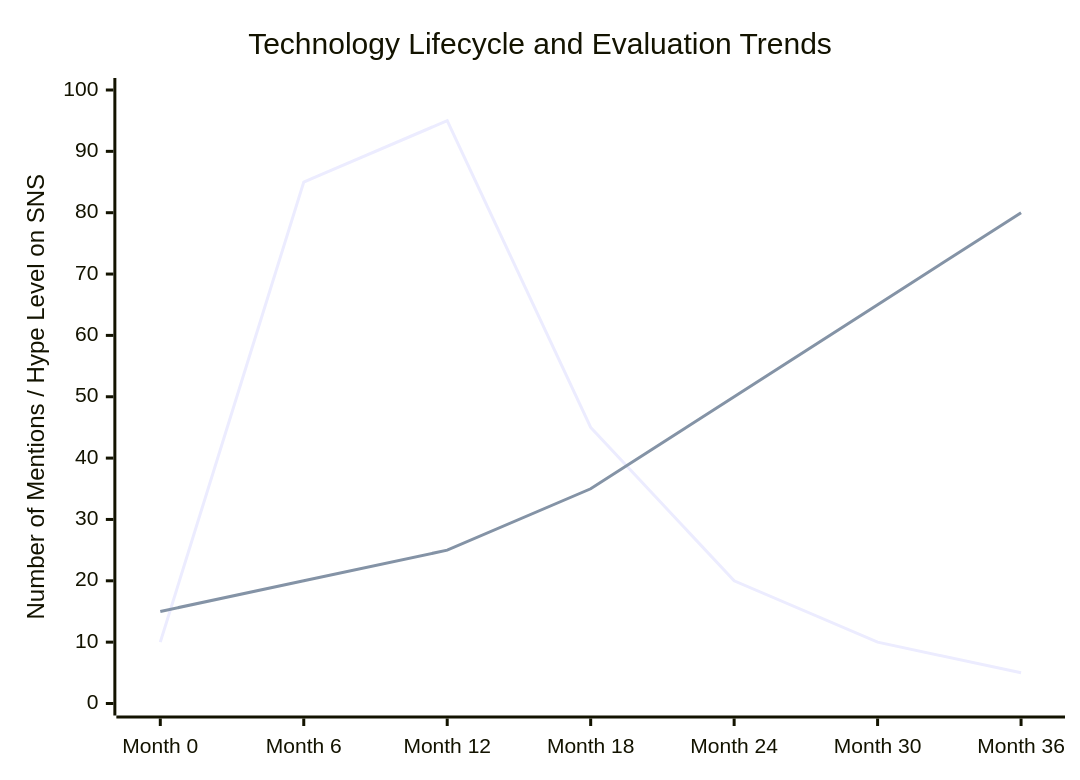
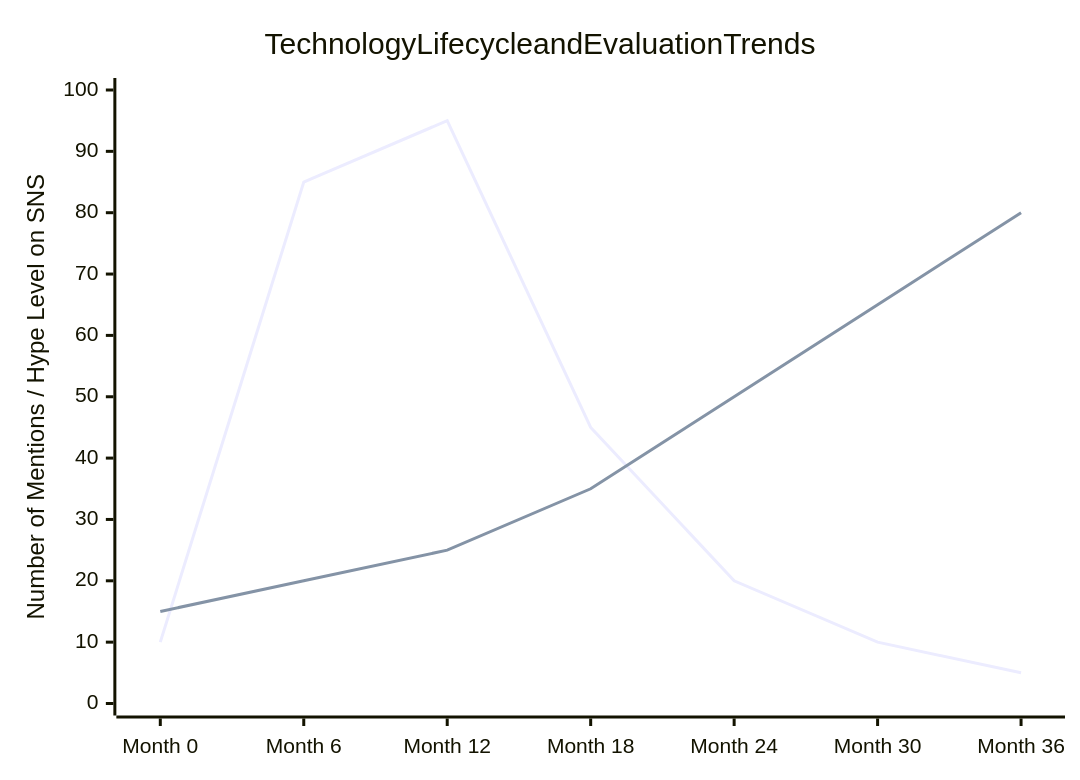
Before and after one commit to kenjinote/blog: the second of 2 diagrams in content/post/sns_algorithm/index.en.md, drawn with Mermaid. The commit also changed other lines of this file and 703 other files, not shown here.

Commit message:
Fix: Remove quotes from Mermaid link texts and timeline definitions to support Mermaid 11.4.1

````diff
--- a/content/post/sns_algorithm/index.en.md
+++ b/content/post/sns_algorithm/index.en.md
@@ -122,8 +122,8 @@
 ```mermaid
 xychart-beta
-    title "Technology Lifecycle and Evaluation Trends"
+    title Technology Lifecycle and Evaluation Trends
     x-axis ["Month 0", "Month 6", "Month 12", "Month 18", "Month 24", "Month 30", "Month 36"]
     y-axis "Number of Mentions / Hype Level on SNS" 0 --> 100
     line [10, 85, 95, 45, 20, 10, 5]
     line [15, 20, 25, 35, 50, 65, 80]
 ```
````
